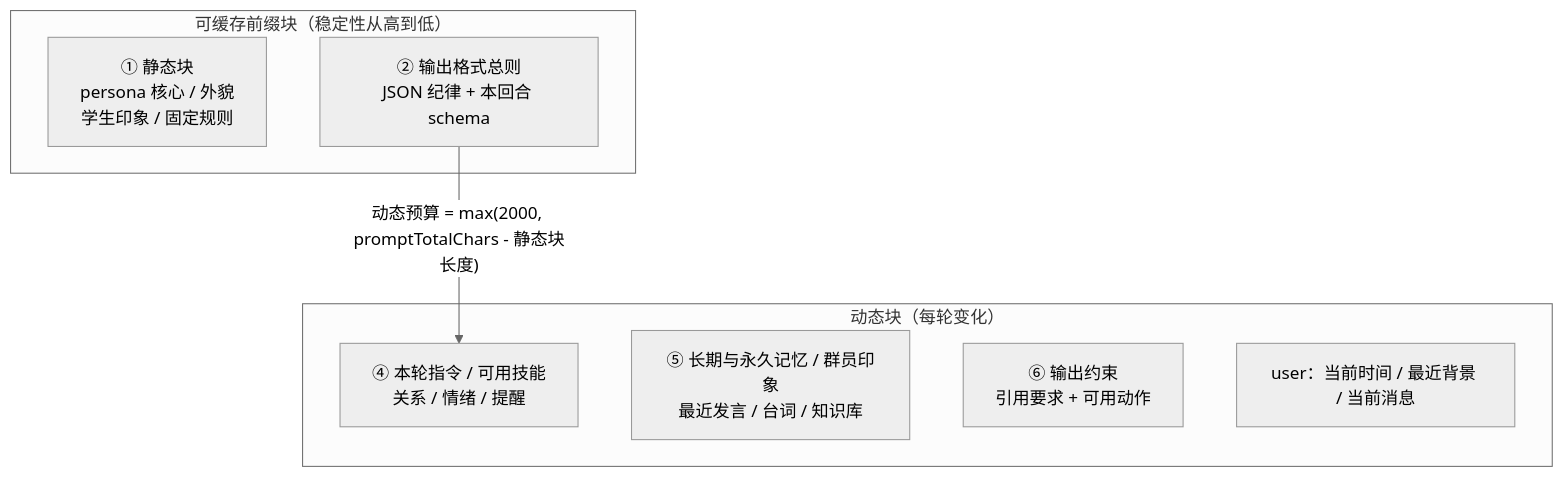
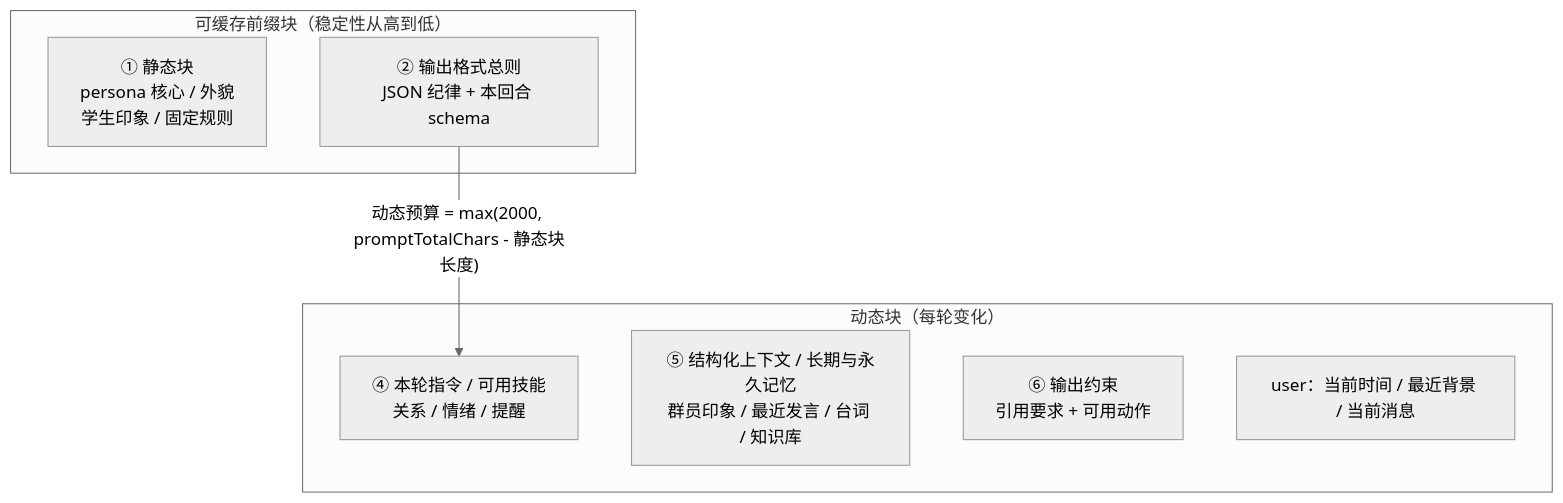
The first of 3 diagrams in docs/roleplay/architecture.md (MossCG/MBB-Plugins), drawn with Mermaid (neutral theme) before and after one commit. The commit also changed other lines of this file and 21 other files, not shown here.

````diff
--- a/docs/roleplay/architecture.md
+++ b/docs/roleplay/architecture.md
@@ -61,16 +62,16 @@
 ```mermaid
 flowchart TB
     subgraph PREFIX["可缓存前缀块（稳定性从高到低）"]
         P1["① 静态块<br/>persona 核心 / 外貌<br/>学生印象 / 固定规则"]
         P2["② 输出格式总则<br/>JSON 纪律 + 本回合 schema"]
     end
 
     subgraph DYNAMIC["动态块（每轮变化）"]
         D1["④ 本轮指令 / 可用技能<br/>关系 / 情绪 / 提醒"]
-        D2["⑤ 长期与永久记忆 / 群员印象<br/>最近发言 / 台词 / 知识库"]
+        D2["⑤ 结构化上下文 / 长期与永久记忆<br/>群员印象 / 最近发言 / 台词 / 知识库"]
         D3["⑥ 输出约束<br/>引用要求 + 可用动作"]
         D4["user：当前时间 / 最近背景 / 当前消息"]
     end
 
     P2 -->|"动态预算 = max(2000, promptTotalChars - 静态块长度)"| D1
 ```
````
